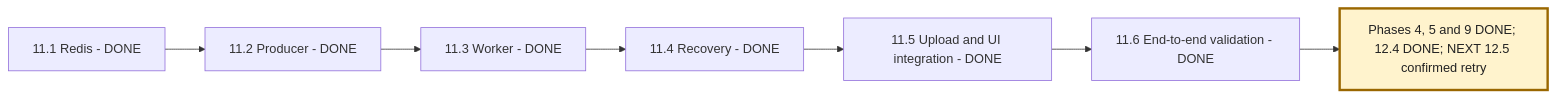
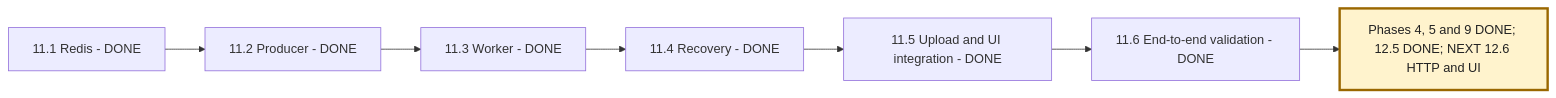
Before and after one commit to msdian0007/nexaAi: the third of 4 diagrams in NEXAAI_ROADMAP.md, drawn with Mermaid. The commit also changed other lines of this file and 10 other files, not shown here.

````diff
--- a/NEXAAI_ROADMAP.md
+++ b/NEXAAI_ROADMAP.md
@@ -257,10 +257,10 @@
 ```mermaid
 flowchart LR
     A[11.1 Redis - DONE] --> B[11.2 Producer - DONE]
     B --> C[11.3 Worker - DONE]
     C --> D[11.4 Recovery - DONE]
     D --> E[11.5 Upload and UI integration - DONE]
     E --> F[11.6 End-to-end validation - DONE]
-    F --> G[Phases 4, 5 and 9 DONE; 12.4 DONE; NEXT 12.5 confirmed retry]
+    F --> G[Phases 4, 5 and 9 DONE; 12.5 DONE; NEXT 12.6 HTTP and UI]
     style G fill:#fff3cd,stroke:#9a6700,stroke-width:3px,color:#222
 ```
````
